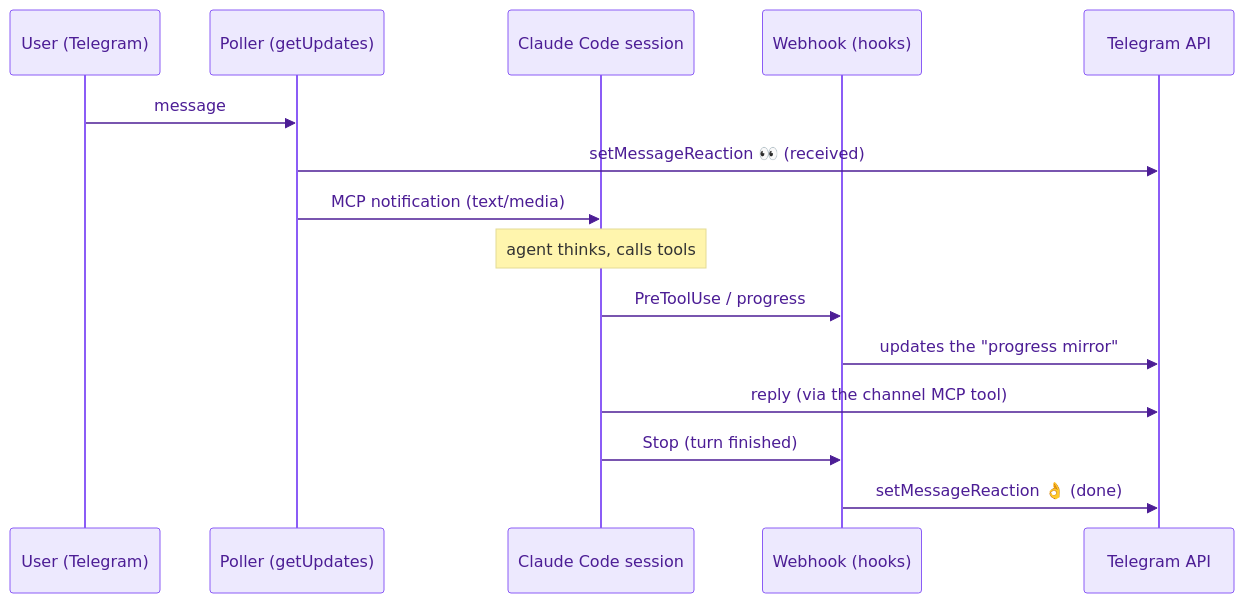
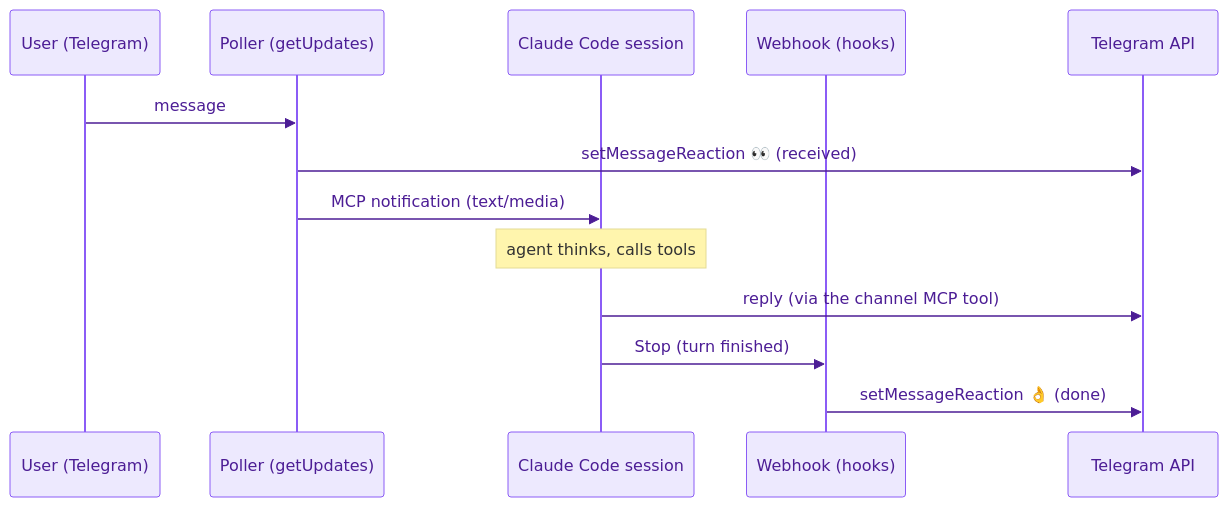
Before and after one commit to dediukhinpa/labops-ai-assistant: the second of 2 diagrams in tg-plugin/README.md, drawn with Mermaid. The commit also changed other lines of this file and 20 other files, not shown here.

````diff
--- a/tg-plugin/README.md
+++ b/tg-plugin/README.md
@@ -171,19 +168,17 @@
 ```mermaid
 %%{init: {'theme':'base','themeVariables':{'primaryColor':'#EDE9FE','primaryTextColor':'#4C1D95','primaryBorderColor':'#8B5CF6','lineColor':'#8B5CF6','secondaryColor':'#F1F5F9','tertiaryColor':'#ffffff','clusterBkg':'transparent','clusterBorder':'#B794F4','fontFamily':'Helvetica,Arial,sans-serif'}}}%%
 sequenceDiagram
     participant U as User (Telegram)
     participant P as Poller (getUpdates)
     participant S as Claude Code session
     participant H as Webhook (hooks)
     participant TG as Telegram API
 
     U->>P: message
     P->>TG: setMessageReaction 👀  (received)
     P->>S: MCP notification (text/media)
     Note over S: agent thinks, calls tools
-    S->>H: PreToolUse / progress
-    H->>TG: updates the "progress mirror"
     S->>TG: reply (via the channel MCP tool)
     S->>H: Stop (turn finished)
     H->>TG: setMessageReaction 👌  (done)
 ```
````
